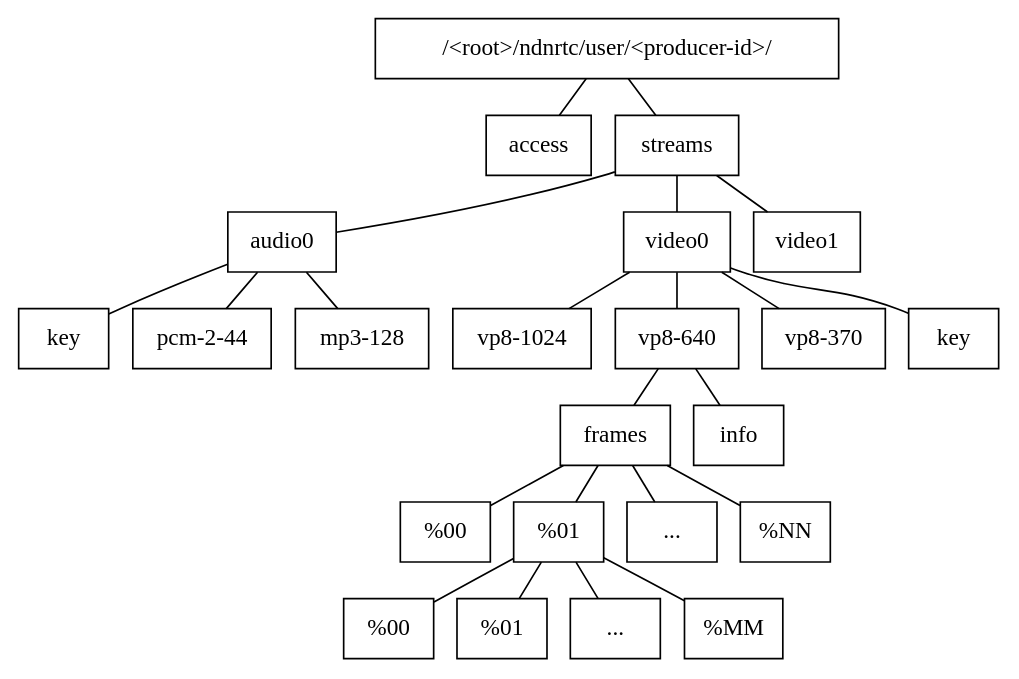
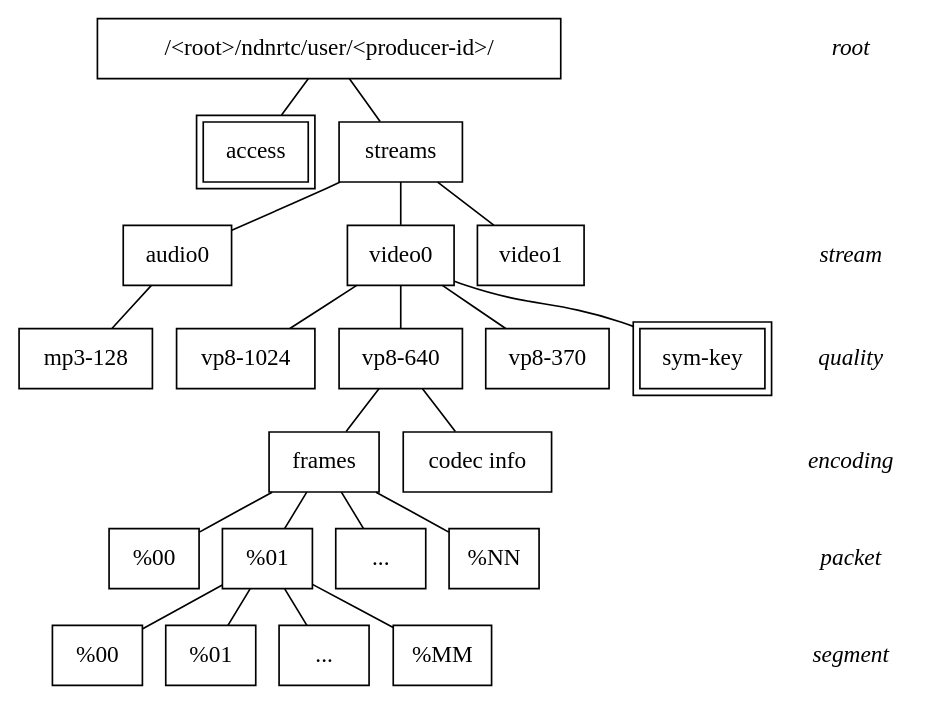
The diagram in docs/res/dia/namespace1.dot (remap/ndnrtc), drawn with Graphviz before and after one commit. The commit also changed 29 other files, not shown here.

```diff
--- a/docs/res/dia/namespace1.dot
+++ b/docs/res/dia/namespace1.dot
@@ -1,114 +1,132 @@
 digraph ndnrtc { 
 	graph [dir=none, layout=dot, nodesep=0.2, margin=0, ranksep=0.3];
 	node [label="\N", shape=box];
 	edge [dir=none];
 		
 "/<root>/ndnrtc/user/<producer-id>/"	-> access;
 "/<root>/ndnrtc/user/<producer-id>/"	-> streams;
 
-//session	-> access;
-//session -> info;
+access [peripheries=2]
+
+# session	-> access;
+# session -> info;
 
 streams -> audio0;
 streams -> video0;
 streams -> video1;
 
 codec1 [label="vp8-1024"];
 codec2 [label="vp8-640"];
 codec3 [label="vp8-370"];
 
-key1 [label="key"];
-key0 [label="key"];
+# key1 [label="key"]; 
+# key0 [label="key"];
+root->empty [style="invis"]
+empty->stream [style="invis"]
+stream->quality [style="invis"]
+quality->encoding [style="invis"]
+encoding->packet [style="invis"]
+packet->segment [style="invis"]
 
-video0 -> key1;
+empty [style="invis"]
+root [shape=none, fontname="times-italic"]
+stream [shape=none , fontname="times-italic"]
+quality [shape=none, fontname="times-italic"]
+encoding [shape=none, fontname="times-italic"]
+packet [shape=none, fontname="times-italic"]
+segment [shape=none, fontname="times-italic"]
+
+video0 -> "sym-key";
 video0 -> codec1;
 video0 -> codec2;
 video0 -> codec3;
 
-acodec1 [label="pcm-2-44"];
+"sym-key" [peripheries=2];
+
+# acodec1 [label="pcm-2-44"];
 acodec3 [label="mp3-128"];
 
-audio0 -> key0;
-audio0 -> acodec1;
+# audio0 -> key0;
+# audio0 -> acodec1;
 audio0 -> acodec3;
 
 
 //codec2 -> info;
 codec2 -> frames;
 
-info_codec [label="info"];
+info_codec [label="codec info"];
 codec2 -> info_codec;
 //codec2 -> index [color=red];
 
 f0 [label="%00"];
 f1 [label="%01"];
 f2 [label="..."];
 fN [label="%NN"];
 
 frames -> f0;
 frames -> f1;
 frames -> f2;
 frames -> fN;
 
 s0 [label="%00"];
 s1 [label="%01"];
 s2 [label="..."];
 sM [label="%MM"];
 
 f1 -> s0;
 f1 -> s1;
 f1 -> s2;
 f1 -> sM
 /*
 tsV1 [label="00:00:00:00" ];//color=blue];
 tsV2 [label="00:00:02:00"];// color=blue;
 tsV3 [label="..."];// color=blue];
 index [label="index"];// color=blue];
 
 //video -> index;// [color=red];
 //codec2 -> index [color=blue];
 index -> tsV1;// [color=blue];
 index -> tsV2;// [color=blue];
 index -> tsV3;// [color=blue]; 
 
 
 segments->00;
 segments->01;
 segments->"...";
 
 
 segmentsA [label="segments"];
 infoA [label="info"];
 s1 [label="00"];
 s2 [label="01"];
 s3 [label="..."];
 
 tsA1 [label="00:00:00:00" ];//color=blue];
 tsA2 [label="00:00:02:00"];// color=blue;
 tsA3 [label="..."];// color=blue];
 indexA [label="index"];// color=blue];
 
 audio->infoA;
 audio->segmentsA;
 audio->indexA;
 indexA -> tsA1;// [color=blue];
 indexA -> tsA2;// [color=blue];
 indexA -> tsA3;// [color=blue]; 
 
 acodec1 [label="aac-128" color=red];
 acodec2 [label="mp3-198" color=red];
 
 audio -> acodec1 [color=red];
 audio -> acodec2 [color=red];
 
 acodec2 -> infoA [color=red];
 acodec2 -> segmentsA [color=red];
 //codec2 -> index [color=red];
 
 
 segmentsA->s1;
 segmentsA->s2;
 segmentsA->s3;
 */
 
 }
```
